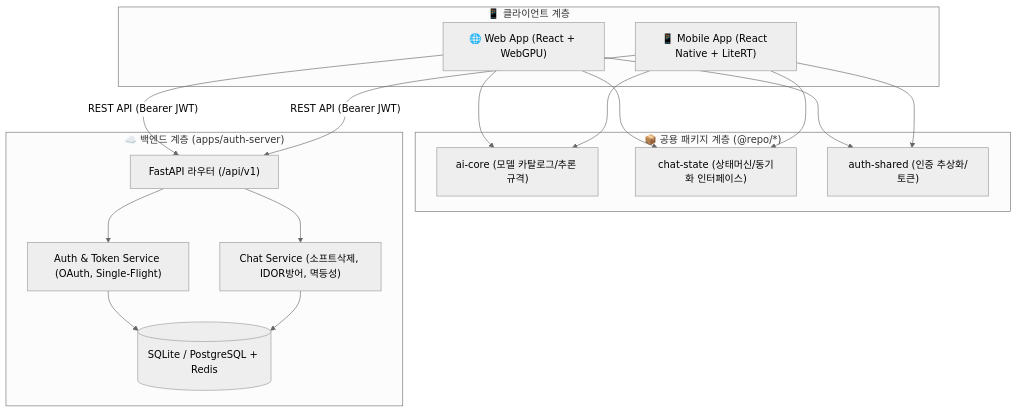
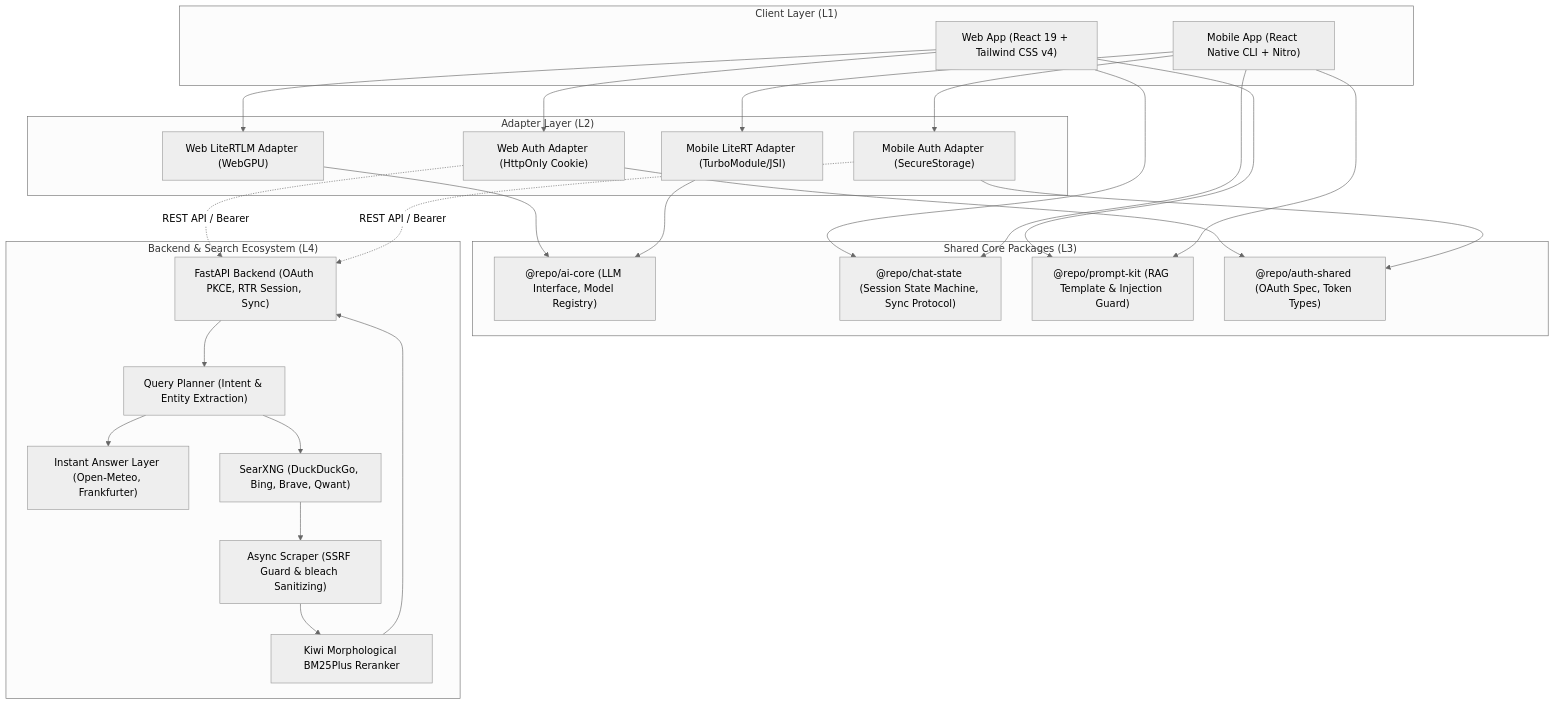
One commit to ijs1103/gemma4-omni changed the first of 2 diagrams in README.md. Above: the diagram before and after it, drawn with Mermaid (neutral theme). The commit also changed other lines of this file and 3 other files, not shown here.

````diff
--- a/README.md
+++ b/README.md
@@ -48,27 +48,42 @@
 ```mermaid
 flowchart TD
-    subgraph Client["📱 클라이언트 계층"]
-        Web["🌐 Web App (React + WebGPU)"]
-        Mobile["📱 Mobile App (React Native + LiteRT)"]
+    subgraph Client_Layer ["Client Layer (L1)"]
+        WebUI["Web App (React 19 + Tailwind CSS v4)"]
+        MobileUI["Mobile App (React Native CLI + Nitro)"]
     end
 
-    subgraph Packages["📦 공용 패키지 계층 (@repo/*)"]
-        AICore["ai-core (모델 카탈로그/추론 규격)"]
-        ChatState["chat-state (상태머신/동기화 인터페이스)"]
-        AuthShared["auth-shared (인증 추상화/토큰)"]
+    subgraph Adapter_Layer ["Adapter Layer (L2)"]
+        WebLLMAdapter["Web LiteRTLM Adapter (WebGPU)"]
+        MobileLLMAdapter["Mobile LiteRT Adapter (TurboModule/JSI)"]
+        WebAuthAdapter["Web Auth Adapter (HttpOnly Cookie)"]
+        MobileAuthAdapter["Mobile Auth Adapter (SecureStorage)"]
     end
 
-    subgraph Backend["☁️ 백엔드 계층 (apps/auth-server)"]
-        Router["FastAPI 라우터 (/api/v1)"]
-        AuthService["Auth & Token Service (OAuth, Single-Flight)"]
-        ChatService["Chat Service (소프트삭제, IDOR방어, 멱등성)"]
-        Database[("SQLite / PostgreSQL + Redis")]
+    subgraph Shared_Domain ["Shared Core Packages (L3)"]
+        AICore["@repo/ai-core (LLM Interface, Model Registry)"]
+        ChatState["@repo/chat-state (Session State Machine, Sync Protocol)"]
+        PromptKit["@repo/prompt-kit (RAG Template & Injection Guard)"]
+        AuthShared["@repo/auth-shared (OAuth Spec, Token Types)"]
     end
 
-    Web --> AICore & ChatState & AuthShared
-    Mobile --> AICore & ChatState & AuthShared
-    Web -- REST API (Bearer JWT) --> Router
-    Mobile -- REST API (Bearer JWT) --> Router
-    Router --> AuthService & ChatService
-    AuthService & ChatService --> Database
+    subgraph Backend_Layer ["Backend & Search Ecosystem (L4)"]
+        AuthServer["FastAPI Backend (OAuth PKCE, RTR Session, Sync)"]
+        QueryPlanner["Query Planner (Intent & Entity Extraction)"]
+        InstantAnswer["Instant Answer Layer (Open-Meteo, Frankfurter)"]
+        AsyncScraper["Async Scraper (SSRF Guard & bleach Sanitizing)"]
+        KiwiReranker["Kiwi Morphological BM25Plus Reranker"]
+        SearXNG["SearXNG (DuckDuckGo, Bing, Brave, Qwant)"]
+    end
+
+    WebUI --> WebLLMAdapter & WebAuthAdapter
+    MobileUI --> MobileLLMAdapter & MobileAuthAdapter
+    
+    WebLLMAdapter & MobileLLMAdapter --> AICore
+    WebAuthAdapter & MobileAuthAdapter --> AuthShared
+    WebUI & MobileUI --> ChatState & PromptKit
+
+    WebAuthAdapter & MobileAuthAdapter -.->|REST API / Bearer| AuthServer
+    AuthServer --> QueryPlanner
+    QueryPlanner --> InstantAnswer & SearXNG
+    SearXNG --> AsyncScraper --> KiwiReranker --> AuthServer
 ```
````
